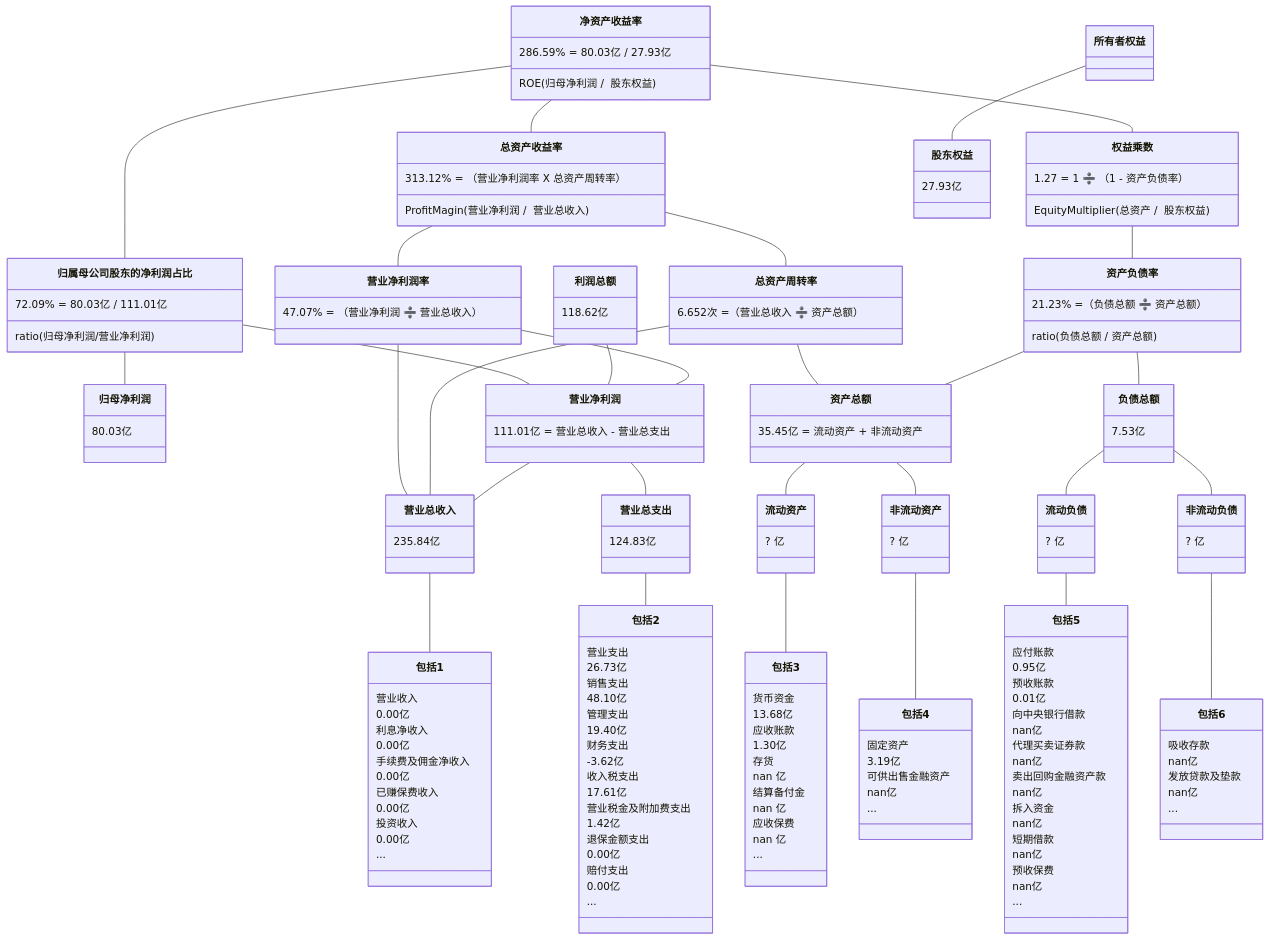
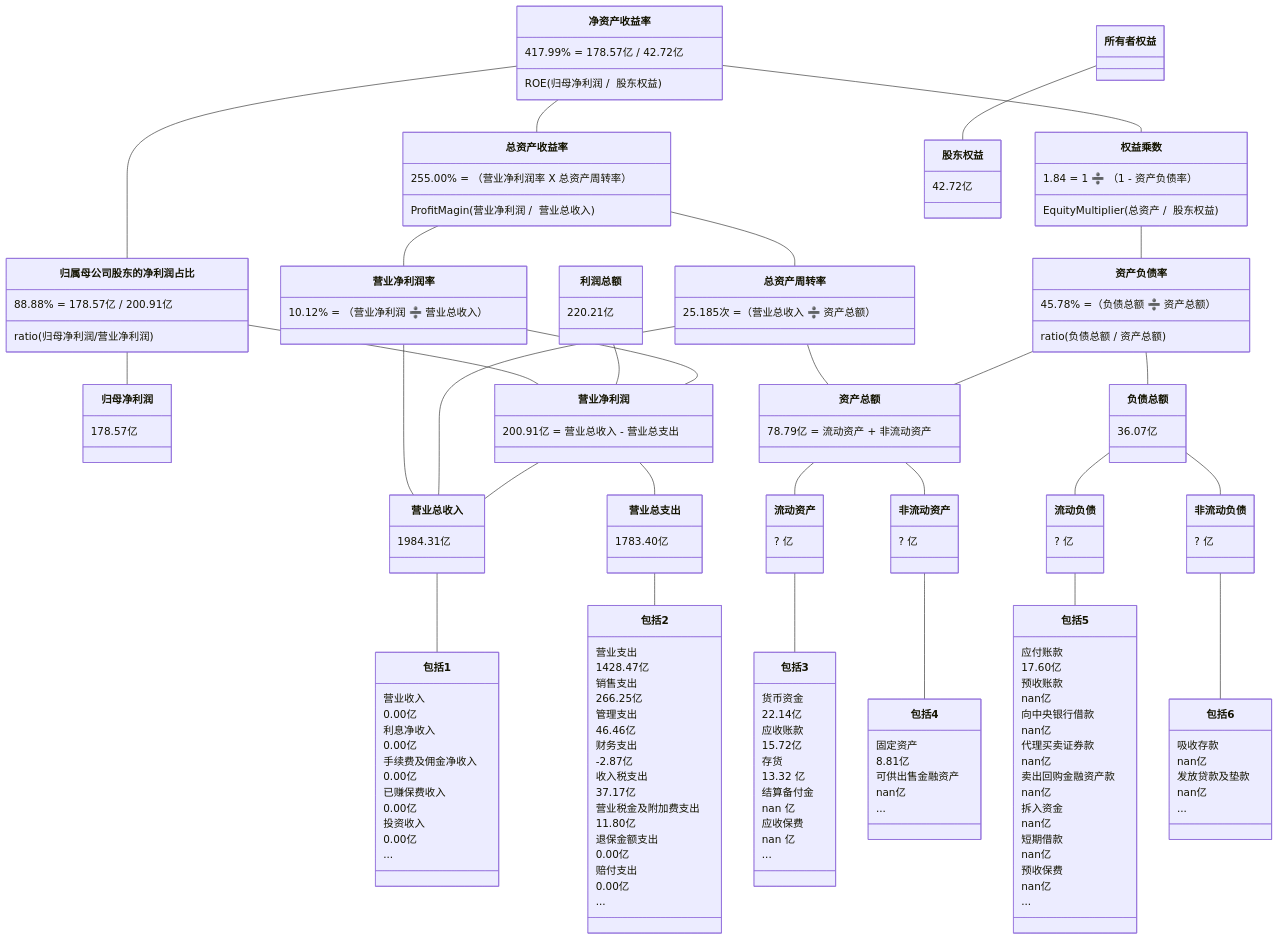
One commit to TheVeryDarkness/cs410 changed the second of 10 diagrams in 2/2.md. Above: the diagram before and after it, drawn with Mermaid. The commit also changed other lines of this file and 53 other files, not shown here.

````diff
--- a/2/2.md
+++ b/2/2.md
@@ -191,45 +215,45 @@
 ```mermaid
 classDiagram
 净资产收益率 -- 总资产收益率
-    净资产收益率 : 286.59% = 80.03亿 / 27.93亿
+    净资产收益率 : 417.99% = 178.57亿 / 42.72亿
     净资产收益率 : ROE(归母净利润 /  股东权益)
-    总资产收益率 : 313.12% = （营业净利润率 X 总资产周转率）
+    总资产收益率 : 255.00% = （营业净利润率 X 总资产周转率）
     总资产收益率 : ProfitMagin(营业净利润 /  营业总收入)
 净资产收益率 -- 归属母公司股东的净利润占比
-	  归属母公司股东的净利润占比 : 72.09% = 80.03亿 / 111.01亿
+	  归属母公司股东的净利润占比 : 88.88% = 178.57亿 / 200.91亿
 	  归属母公司股东的净利润占比 : ratio(归母净利润/营业净利润)
 归属母公司股东的净利润占比 -- 归母净利润
-    归母净利润 : 80.03亿
+    归母净利润 : 178.57亿
 归属母公司股东的净利润占比 -- 营业净利润
-利润总额 : 118.62亿
+利润总额 : 220.21亿
 利润总额 -- 营业净利润
 净资产收益率 -- 权益乘数
-    权益乘数 : 1.27 = 1 ➗ （1 - 资产负债率）
+    权益乘数 : 1.84 = 1 ➗ （1 - 资产负债率）
     权益乘数 : EquityMultiplier(总资产 /  股东权益)
 
 总资产收益率 -- 营业净利润率
-    营业净利润率 : 47.07% = （营业净利润 ➗ 营业总收入）
+    营业净利润率 : 10.12% = （营业净利润 ➗ 营业总收入）
 总资产收益率 -- 总资产周转率
-    总资产周转率 : 6.652次 =（营业总收入 ➗ 资产总额）
+    总资产周转率 : 25.185次 =（营业总收入 ➗ 资产总额）
 权益乘数 -- 资产负债率
-    资产负债率  : 21.23% =（负债总额 ➗ 资产总额）
+    资产负债率  : 45.78% =（负债总额 ➗ 资产总额）
     资产负债率  : ratio(负债总额 / 资产总额)
 
 营业净利润率 -- 营业净利润
-    营业净利润 : 111.01亿 = 营业总收入 - 营业总支出
+    营业净利润 : 200.91亿 = 营业总收入 - 营业总支出
 营业净利润率 -- 营业总收入
 总资产周转率 -- 营业总收入
 总资产周转率 -- 资产总额
-    资产总额 : 35.45亿 = 流动资产 + 非流动资产
+    资产总额 : 78.79亿 = 流动资产 + 非流动资产
 资产负债率 -- 负债总额
-    负债总额 : 7.53亿
+    负债总额 : 36.07亿
 资产负债率 -- 资产总额
 
 
 营业净利润 -- 营业总收入
-    营业总收入 : 235.84亿
+    营业总收入 : 1984.31亿
 营业净利润 -- 营业总支出
-    营业总支出 : 124.83亿
+    营业总支出 : 1783.40亿
 资产总额 -- 流动资产
 	  流动资产 : ? 亿
 资产总额 -- 非流动资产
@@ -253,17 +277,17 @@
     包括1 : ...
 营业总支出 -- 包括2
     包括2 : 营业支出
-    包括2 : 26.73亿
+    包括2 : 1428.47亿
     包括2 : 销售支出
-    包括2 : 48.10亿
+    包括2 : 266.25亿
     包括2 : 管理支出
-    包括2 : 19.40亿
+    包括2 : 46.46亿
     包括2 : 财务支出
-    包括2 : -3.62亿
+    包括2 : -2.87亿
     包括2 : 收入税支出
-    包括2 : 17.61亿
+    包括2 : 37.17亿
     包括2 : 营业税金及附加费支出
-    包括2 : 1.42亿
+    包括2 : 11.80亿
     包括2 : 退保金额支出
     包括2 : 0.00亿
     包括2 : 赔付支出
@@ -271,11 +295,11 @@
     包括2 : ...
 流动资产 -- 包括3
     包括3 : 货币资金
-    包括3 : 13.68亿
+    包括3 : 22.14亿
     包括3 : 应收账款
-    包括3 : 1.30亿
+    包括3 : 15.72亿
     包括3 : 存货
-    包括3 : nan 亿
+    包括3 : 13.32 亿
     包括3 : 结算备付金
     包括3 : nan 亿
     包括3 : 应收保费
@@ -283,15 +307,15 @@
     包括3 : ...
 非流动资产 -- 包括4
     包括4 : 固定资产
-    包括4 : 3.19亿
+    包括4 : 8.81亿
     包括4 : 可供出售金融资产
     包括4 : nan亿
     包括4 : ...
 流动负债 -- 包括5
     包括5 : 应付账款
-    包括5 : 0.95亿
+    包括5 : 17.60亿
     包括5 : 预收账款
-    包括5 : 0.01亿
+    包括5 : nan亿
     包括5 : 向中央银行借款
     包括5 : nan亿
     包括5 : 代理买卖证券款
@@ -312,5 +336,5 @@
     包括6 : nan亿
     包括6 : ...
 所有者权益 -- 股东权益
-    股东权益 : 27.93亿
+    股东权益 : 42.72亿
 ```
````
